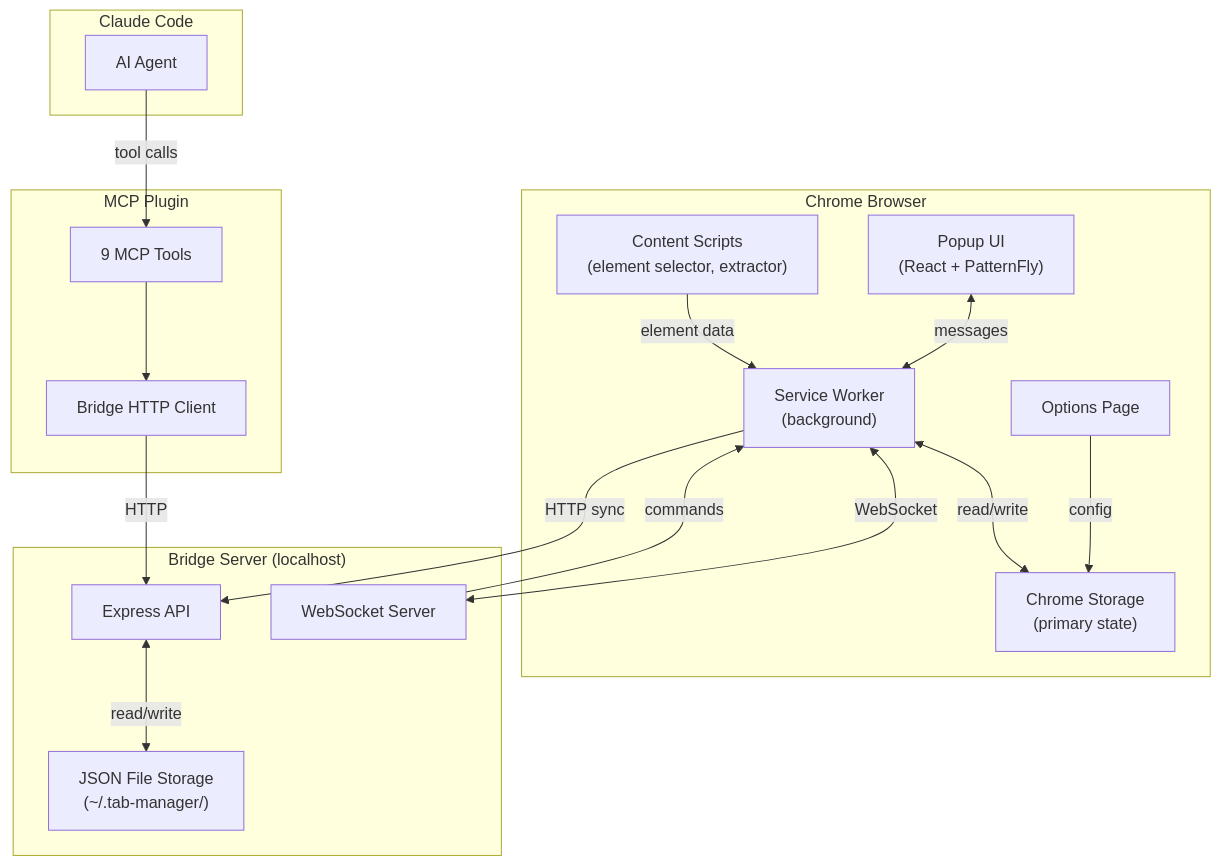
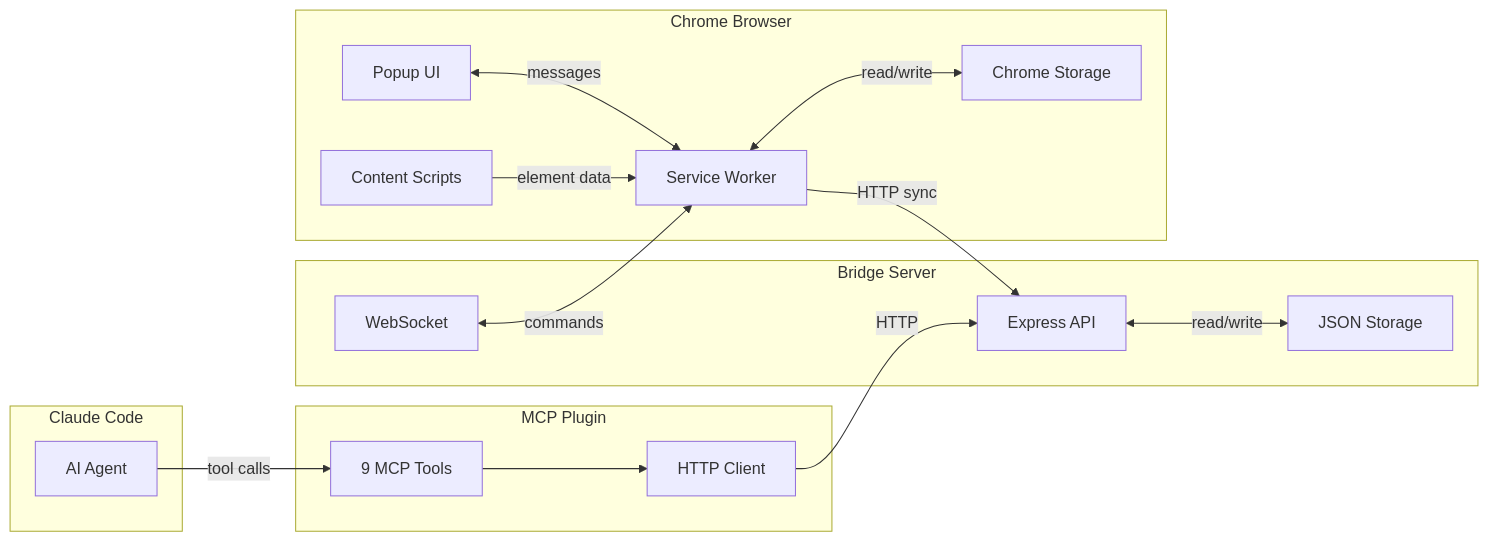
One commit to ugiordan/tab-manager changed the diagram in site/docs/architecture/overview.md. Above: the diagram before and after it, drawn with Mermaid.

Commit message:
fix: switch architecture diagram to horizontal layout for readability

````diff
--- a/site/docs/architecture/overview.md
+++ b/site/docs/architecture/overview.md
@@ -7,37 +7,34 @@
 ```mermaid
-graph TB
-    subgraph Chrome["Chrome Browser"]
-        SW["Service Worker<br/>(background)"]
-        Popup["Popup UI<br/>(React + PatternFly)"]
-        Options["Options Page"]
-        CS["Content Scripts<br/>(element selector, extractor)"]
-        Storage["Chrome Storage<br/>(primary state)"]
-    end
-
-    subgraph Bridge["Bridge Server (localhost)"]
-        Express["Express API"]
-        WS["WebSocket Server"]
-        FS["JSON File Storage<br/>(~/.tab-manager/)"]
+graph LR
+    subgraph Claude["Claude Code"]
+        AI["AI Agent"]
     end
 
     subgraph MCP["MCP Plugin"]
         Tools["9 MCP Tools"]
-        Client["Bridge HTTP Client"]
+        Client["HTTP Client"]
     end
 
-    subgraph Claude["Claude Code"]
-        AI["AI Agent"]
+    subgraph Bridge["Bridge Server"]
+        Express["Express API"]
+        WS["WebSocket"]
+        FS["JSON Storage"]
     end
 
+    subgraph Chrome["Chrome Browser"]
+        SW["Service Worker"]
+        Popup["Popup UI"]
+        CS["Content Scripts"]
+        Storage["Chrome Storage"]
+    end
+
+    AI -->|tool calls| Tools
+    Tools --> Client
+    Client -->|HTTP| Express
+    Express <-->|read/write| FS
+    WS <-->|commands| SW
+    SW -->|HTTP sync| Express
     Popup <-->|messages| SW
-    Options -->|config| Storage
     CS -->|element data| SW
     SW <-->|read/write| Storage
-    SW <-->|WebSocket| WS
-    SW -->|HTTP sync| Express
-    Express <-->|read/write| FS
-    WS -->|commands| SW
-    Client -->|HTTP| Express
-    Tools --> Client
-    AI -->|tool calls| Tools
 ```
````
